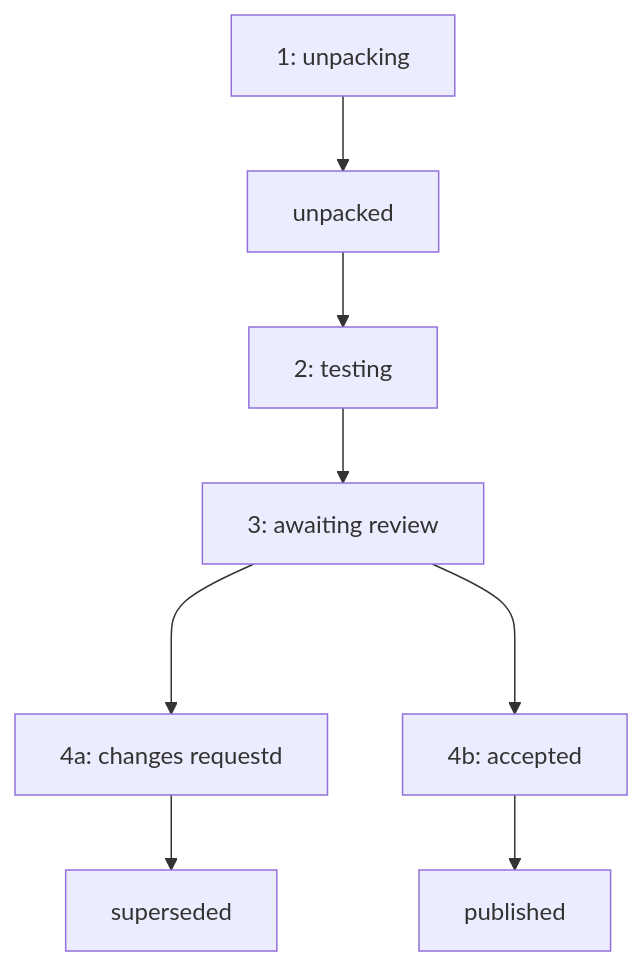
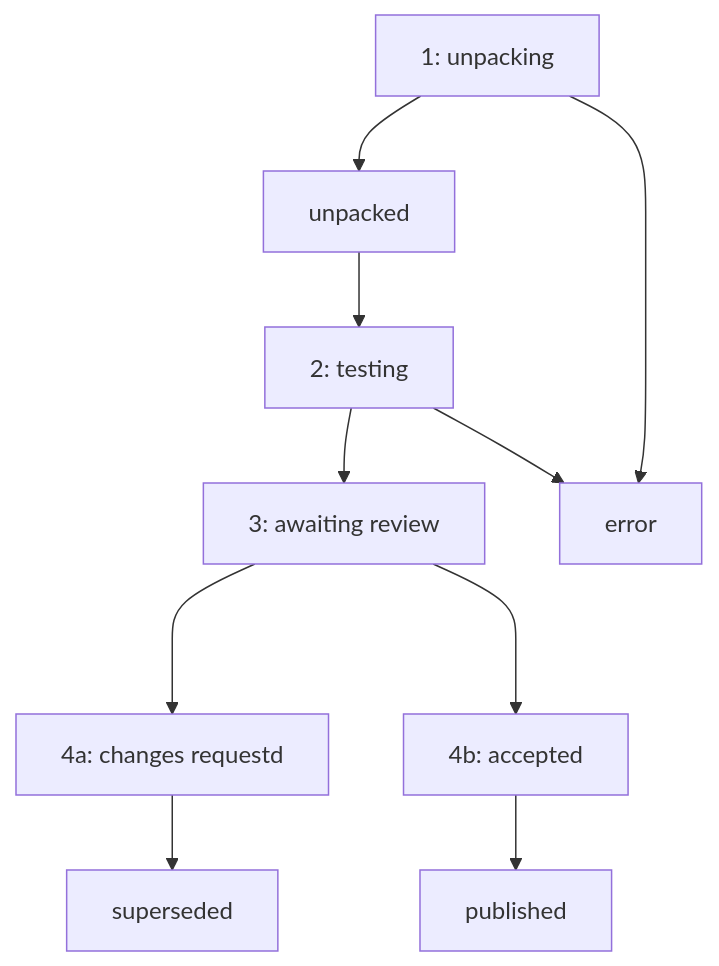
One commit to bioimage-io/collection changed the diagram in README.md. Above: the diagram before and after it, drawn with Mermaid. The commit also changed other lines of this file, not shown here.

Commit message:
mention error status

````diff
--- a/README.md
+++ b/README.md
@@ -21,11 +24,13 @@
 ```mermaid
 graph TD;
     unpacking[1: unpacking]-->unpacked[unpacked]
     unpacked-->testing[2: testing]
     testing-->ar[3: awaiting review]
     ar--->cr[4a: changes requestd]
     cr-->superseded
     ar--->accepted[4b: accepted]
     accepted-->published
+    unpacking-->error
+    testing-->error
 
 ```
````
